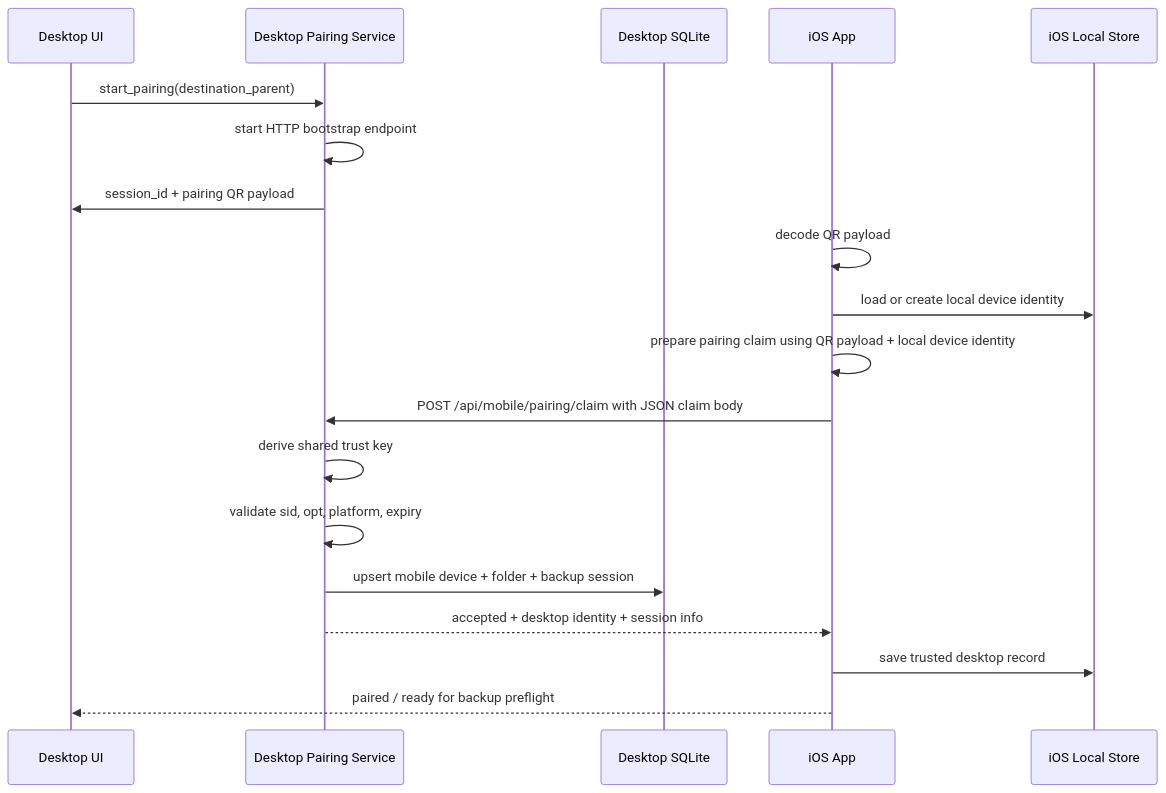
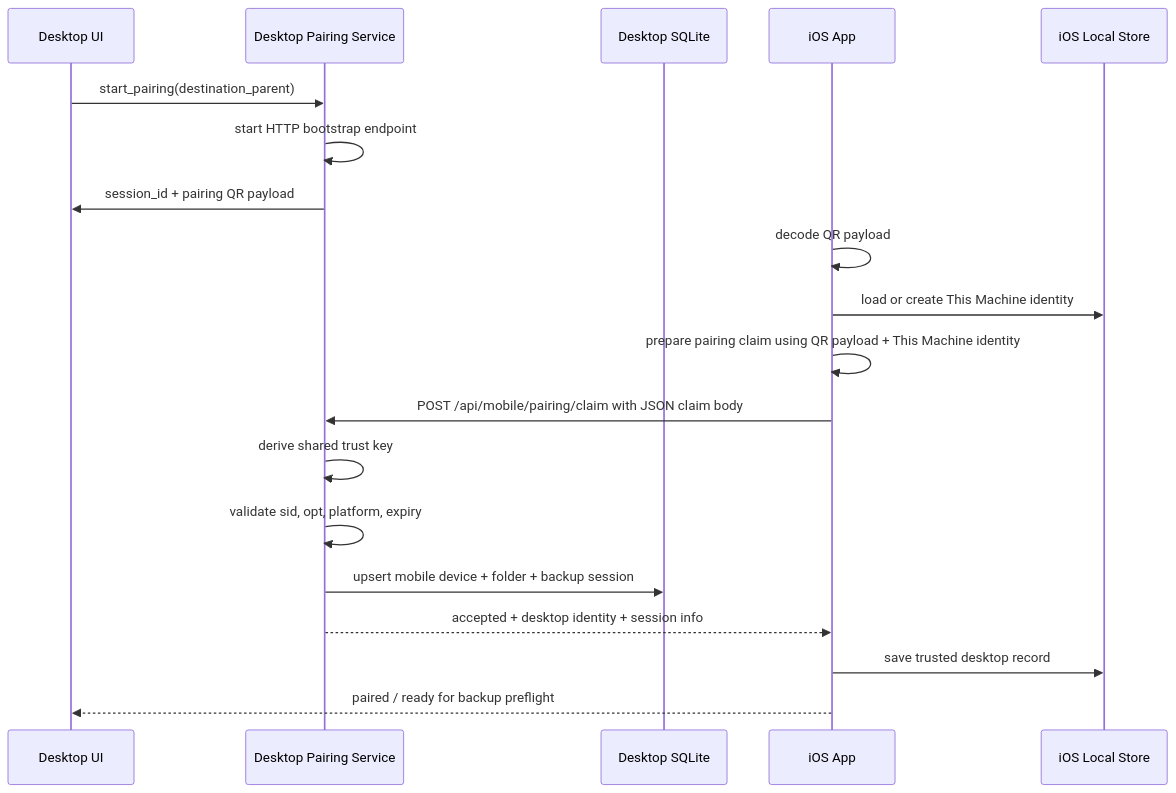
Before and after one commit to ws2356/image-search: the diagram in dt_image_search/specs/[dev] pairing.md, drawn with Mermaid. The commit also changed other lines of this file and 10 other files, not shown here.

````diff
--- a/dt_image_search/specs/[dev] pairing.md
+++ b/dt_image_search/specs/[dev] pairing.md
@@ -70,22 +70,22 @@
 ```mermaid
 sequenceDiagram
     participant DesktopUI as Desktop UI
     participant DesktopPair as Desktop Pairing Service
     participant DesktopDB as Desktop SQLite
     participant MobileApp as iOS App
     participant MobilePrefs as iOS Local Store
 
     DesktopUI->>DesktopPair: start_pairing(destination_parent)
     DesktopPair->>DesktopPair: start HTTP bootstrap endpoint
     DesktopPair->>DesktopUI: session_id + pairing QR payload
     MobileApp->>MobileApp: decode QR payload
-    MobileApp->>MobilePrefs: load or create local device identity
-    MobileApp->>MobileApp: prepare pairing claim using QR payload + local device identity
+    MobileApp->>MobilePrefs: load or create This Machine identity
+    MobileApp->>MobileApp: prepare pairing claim using QR payload + This Machine identity
     MobileApp->>DesktopPair: POST /api/mobile/pairing/claim with JSON claim body
     DesktopPair->>DesktopPair: derive shared trust key
     DesktopPair->>DesktopPair: validate sid, opt, platform, expiry
     DesktopPair->>DesktopDB: upsert mobile device + folder + backup session
     DesktopPair-->>MobileApp: accepted + desktop identity + session info
     MobileApp->>MobilePrefs: save trusted desktop record
     MobileApp-->>DesktopUI: paired / ready for backup preflight
 ```
````
